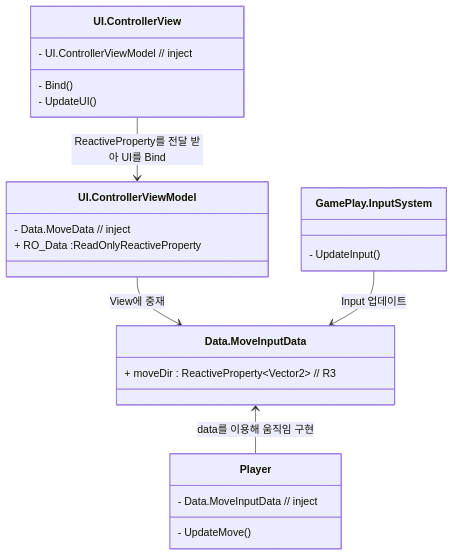
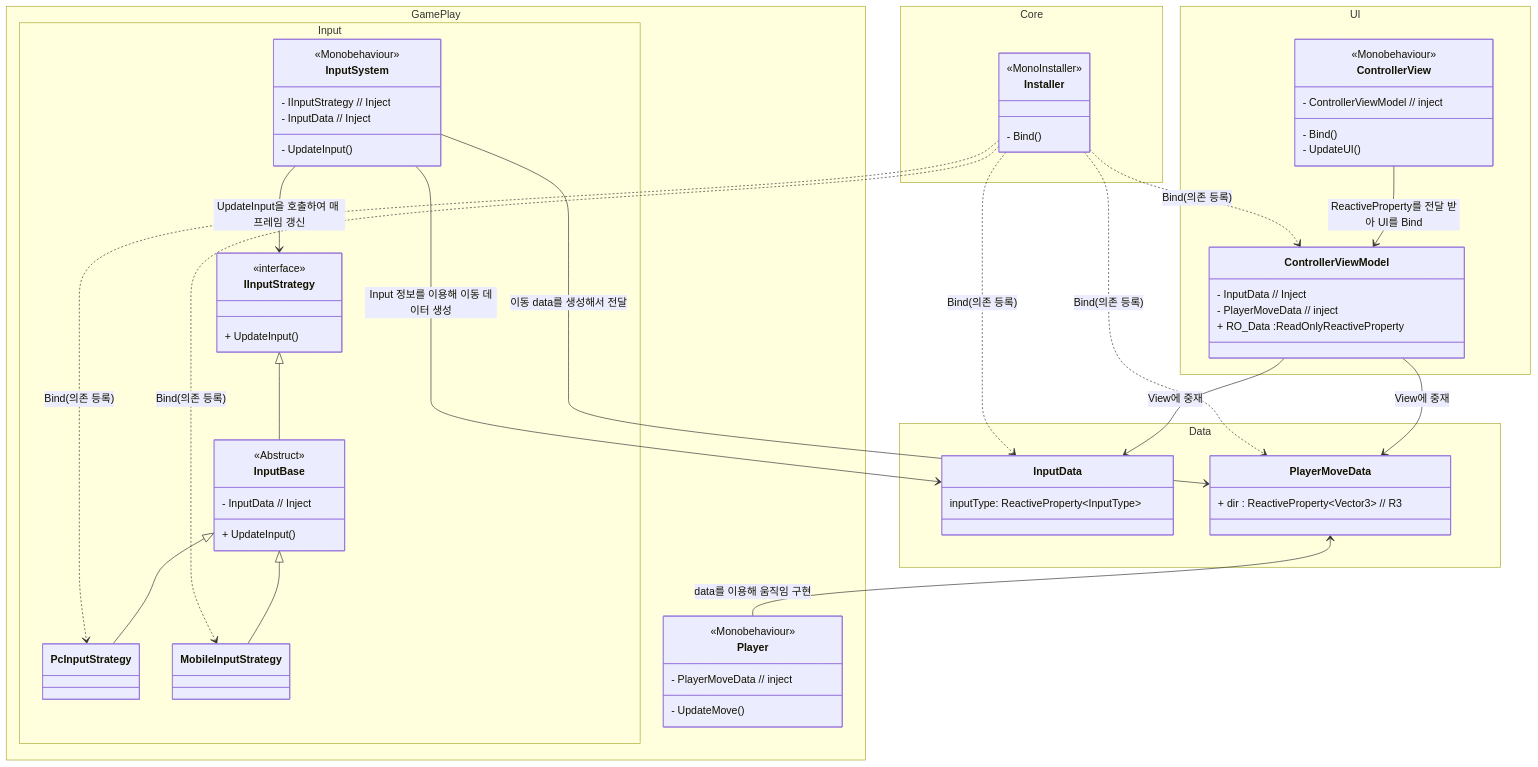
The third of 3 diagrams in DevelopmentLog_7_8.md (HyunWoo-Jo/DCommando), drawn with Mermaid before and after one commit. The commit also changed other lines of this file, not shown here.

````diff
--- a/DevelopmentLog_7_8.md
+++ b/DevelopmentLog_7_8.md
@@ -68,33 +75,90 @@
 ```mermaid
 classDiagram
-class Data.MoveInputData{
-    + moveDir : ReactiveProperty&ltVector2&gt // R3
+namespace Core{
+    class Installer{
+        <<MonoInstaller>>
+        - Bind()
+    }
 }
 
-class UI.ControllerViewModel {
-    - Data.MoveData // inject
-    + RO_Data :ReadOnlyReactiveProperty
+namespace Data {
+    class InputData {
+       inputType: ReactiveProperty&ltInputType&gt
+    }
+    class PlayerMoveData{
+     + dir : ReactiveProperty&ltVector3&gt // R3
+    }
 }
 
+namespace UI {
 
-class UI.ControllerView {
-    - UI.ControllerViewModel // inject
-    - Bind()
-    - UpdateUI()
+    class ControllerViewModel {
+     - InputData // Inject
+     - PlayerMoveData // inject
+     + RO_Data :ReadOnlyReactiveProperty 
+    }
+
+
+    class ControllerView {
+     <<Monobehaviour>>
+     - ControllerViewModel // inject
+     - Bind()
+     - UpdateUI()
+    }
 }
 
-class GamePlay.InputSystem {
-    - UpdateInput()
+namespace GamePlay.Input {
+    class InputSystem {
+     <<Monobehaviour>>
+     - IInputStrategy // Inject
+     - InputData // Inject
+     - UpdateInput()
+    }
+
+    class IInputStrategy {
+     <<interface>>
+     + UpdateInput()
+    }
+
+    class InputBase{
+     <<Abstruct>>
+     - InputData // Inject
+     + UpdateInput()
+    }
+    class PcInputStrategy{
+
+    }
+    class MobileInputStrategy {
+
+    }
+
+}
+namespace GamePlay {
+    class Player {
+     <<Monobehaviour>>
+     - PlayerMoveData  // inject
+     - UpdateMove()
+    }
 }
 
-class Player {
-    - Data.MoveInputData  // inject
-    - UpdateMove()
-}
+ControllerViewModel --> PlayerMoveData : View에 중재
+ControllerViewModel --> InputData : View에 중재
 
-UI.ControllerViewModel --> Data.MoveInputData : View에 중재
-GamePlay.InputSystem --> Data.MoveInputData : Input 업데이트
+ControllerView --> ControllerViewModel : ReactiveProperty를 전달 받아 UI를 Bind
+PlayerMoveData <-- Player : data를 이용해 움직임 구현
 
-UI.ControllerView --> UI.ControllerViewModel : ReactiveProperty를 전달 받아 UI를 Bind
-Data.MoveInputData <-- Player : data를 이용해 움직임 구현
+InputSystem --> IInputStrategy : UpdateInput을 호출하여 매 프레임 갱신
+IInputStrategy <|-- InputBase 
+
+InputBase <|-- PcInputStrategy
+InputBase <|-- MobileInputStrategy
+
+InputSystem  --> InputData : Input 정보를 이용해 이동 데이터 생성
+InputSystem --> PlayerMoveData : 이동 data를 생성해서 전달
+
+Installer ..> ControllerViewModel : Bind(의존 등록)
+Installer ..> PlayerMoveData : Bind(의존 등록)
+Installer ..> InputData : Bind(의존 등록)
+Installer ..> PcInputStrategy : Bind(의존 등록)
+Installer ..> MobileInputStrategy : Bind(의존 등록)
 ```
````
